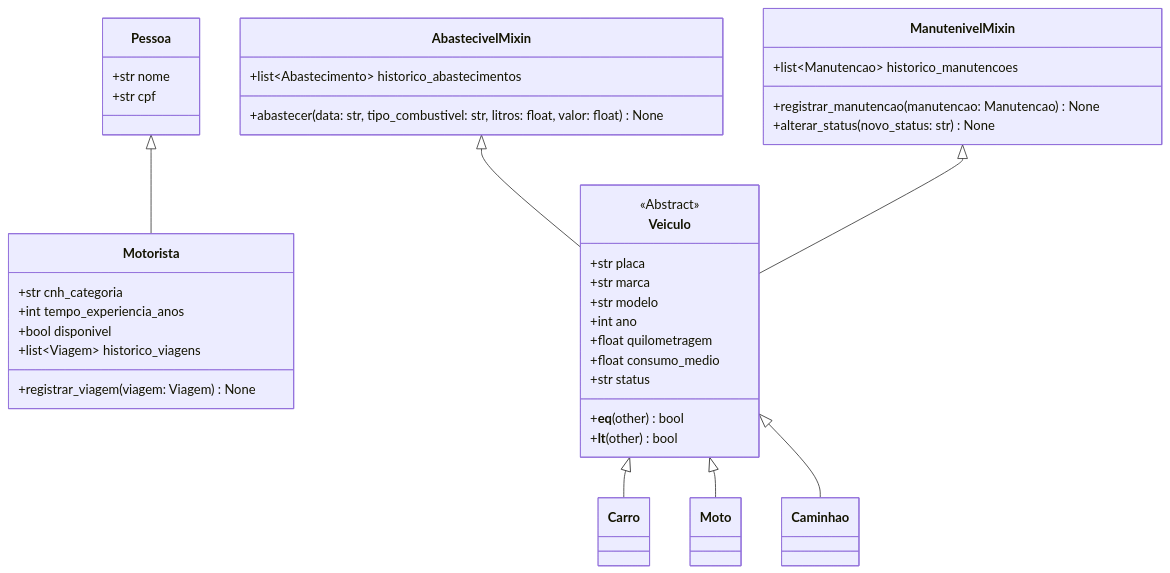
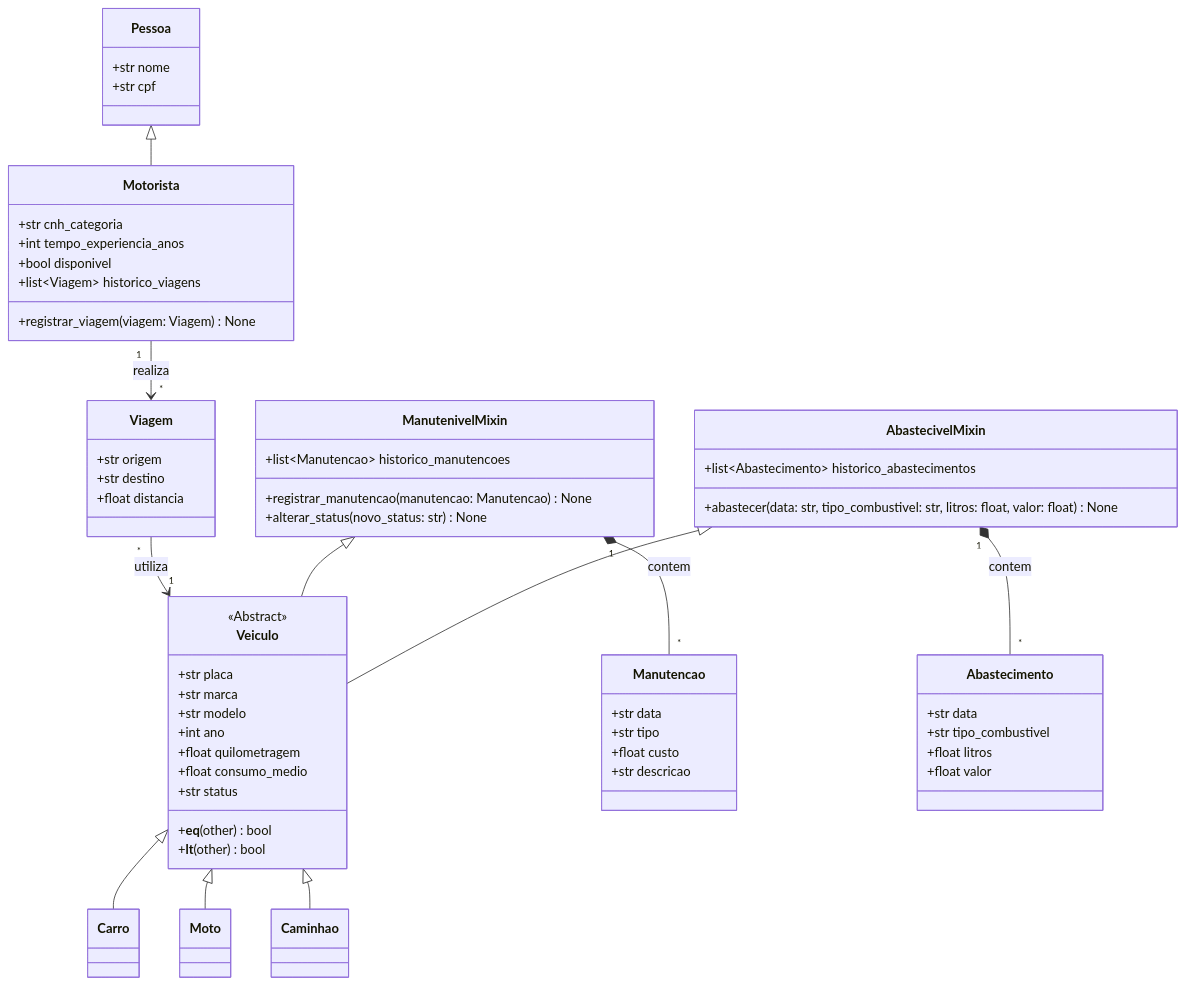
One commit to LeonardoMendonca-130/gerenciamento-de-frota-de-veiculos changed the diagram in README.md. Above: the diagram before and after it, drawn with Mermaid.

Commit message:
Correção de UML, adicionando classes que estavam ocultadas

````diff
--- a/README.md
+++ b/README.md
@@ -22,51 +22,76 @@
 ```mermaid
 classDiagram
     class Pessoa {
         +str nome
         +str cpf
     }
 
 
     class Motorista {
         +str cnh_categoria
         +int tempo_experiencia_anos
         +bool disponivel
         +list~Viagem~ historico_viagens
         +registrar_viagem(viagem: Viagem) None
     }
 
     class AbastecivelMixin {
         +list~Abastecimento~ historico_abastecimentos
         +abastecer(data: str, tipo_combustivel: str, litros: float, valor: float) None
     }
 
     class ManutenivelMixin {
         +list~Manutencao~ historico_manutencoes
         +registrar_manutencao(manutencao: Manutencao) None
         +alterar_status(novo_status: str) None
     }
 
     class Veiculo {
         <<Abstract>>
         +str placa
         +str marca
         +str modelo
         +int ano
         +float quilometragem
         +float consumo_medio
         +str status
         +__eq__(other) bool
         +__lt__(other) bool
     }
 
     class Carro
     class Moto
     class Caminhao
 
     Pessoa <|-- Motorista
     AbastecivelMixin <|-- Veiculo
     ManutenivelMixin <|-- Veiculo
     Veiculo <|-- Carro
     Veiculo <|-- Moto
     Veiculo <|-- Caminhao
+
+    class Manutencao {
+        +str data
+        +str tipo
+        +float custo
+        +str descricao
+    }
+
+    class Abastecimento {
+        +str data
+        +str tipo_combustivel
+        +float litros
+        +float valor
+    }
+
+    class Viagem {
+        +str origem
+        +str destino
+        +float distancia
+    }
+
+    ManutenivelMixin "1" *-- "*" Manutencao : contem
+    AbastecivelMixin "1" *-- "*" Abastecimento : contem
+    Motorista "1" --> "*" Viagem : realiza
+    Viagem "*" --> "1" Veiculo : utiliza
 ```
````
